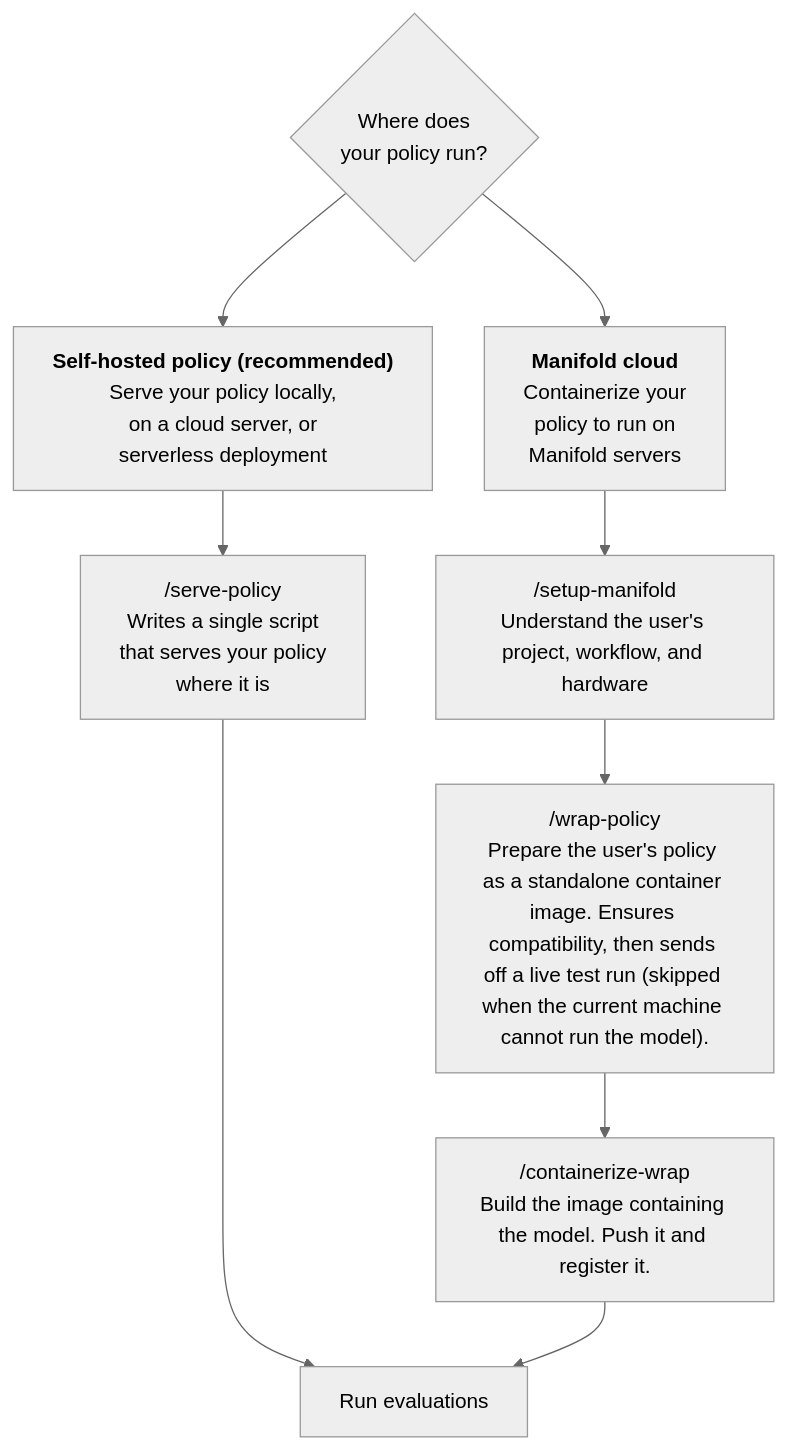
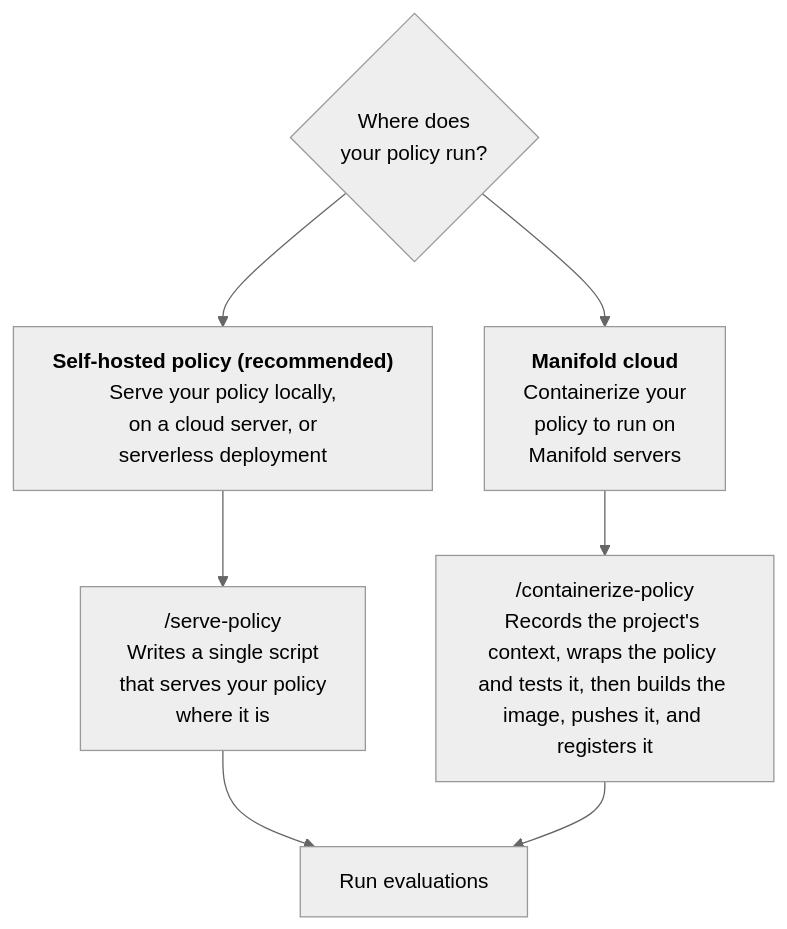
The diagram in README.md (bifrostai/manifold-skills), drawn with Mermaid (neutral theme) before and after one commit. The commit also changed other lines of this file and 4 other files, not shown here.

First line of the commit message:
skills: merge the manifold cloud flow into /containerize-policy

````diff
--- a/README.md
+++ b/README.md
@@ -30,15 +30,13 @@
 ```mermaid
 %%{init: {"flowchart": {"nodeSpacing": 40}}}%%
 flowchart TD
     start{"Where does<br/>your policy run?"}
     self["<b>Self‑hosted&nbsp;policy&nbsp;(recommended)</b><br/>Serve your policy locally,<br/>on a cloud server, or<br/>serverless deployment"]
     cloud["<b>Manifold cloud</b><br/>Containerize your<br/>policy to run on<br/>Manifold servers"]
     serve["/serve-policy<br/>Writes a single script<br/>that serves your policy<br/>where it is"]
-    csetup["/setup-manifold<br/>Understand the user's project, workflow, and hardware"]
-    wrap["/wrap-policy<br/>Prepare the user's policy as a standalone container image. Ensures compatibility, then sends off a live test run (skipped when the current machine cannot run the model)."]
-    cont["/containerize-wrap<br/>Build the image containing the model. Push it and register it."]
+    cont["/containerize-policy<br/>Records the project's context, wraps the policy and tests it, then builds the image, pushes it, and registers it"]
     run["Run evaluations"]
 
-    start --> self --> serve ----> run
-    start --> cloud --> csetup --> wrap --> cont --> run
+    start --> self --> serve --> run
+    start --> cloud --> cont --> run
 ```
````
